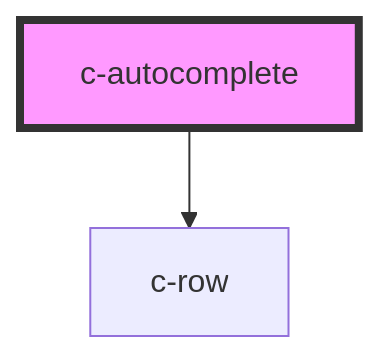
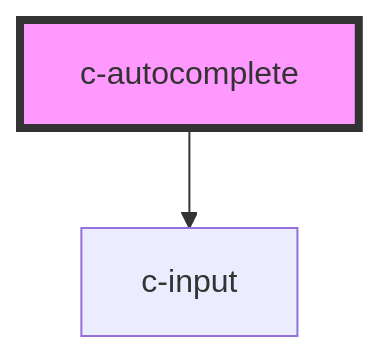
Before and after one commit to hannyle/csc-ui: the diagram in src/components/c-autocomplete/readme.md, drawn with Mermaid. The commit also changed other lines of this file and 10 other files, not shown here.

Commit message:
Use c-input in c-autocomplete. Bump version to 0.3.31

````diff
--- a/src/components/c-autocomplete/readme.md
+++ b/src/components/c-autocomplete/readme.md
@@ -36,5 +48,5 @@
 ```mermaid
 graph TD;
-  c-autocomplete --> c-row
+  c-autocomplete --> c-input
   style c-autocomplete fill:#f9f,stroke:#333,stroke-width:4px
 ```
````
